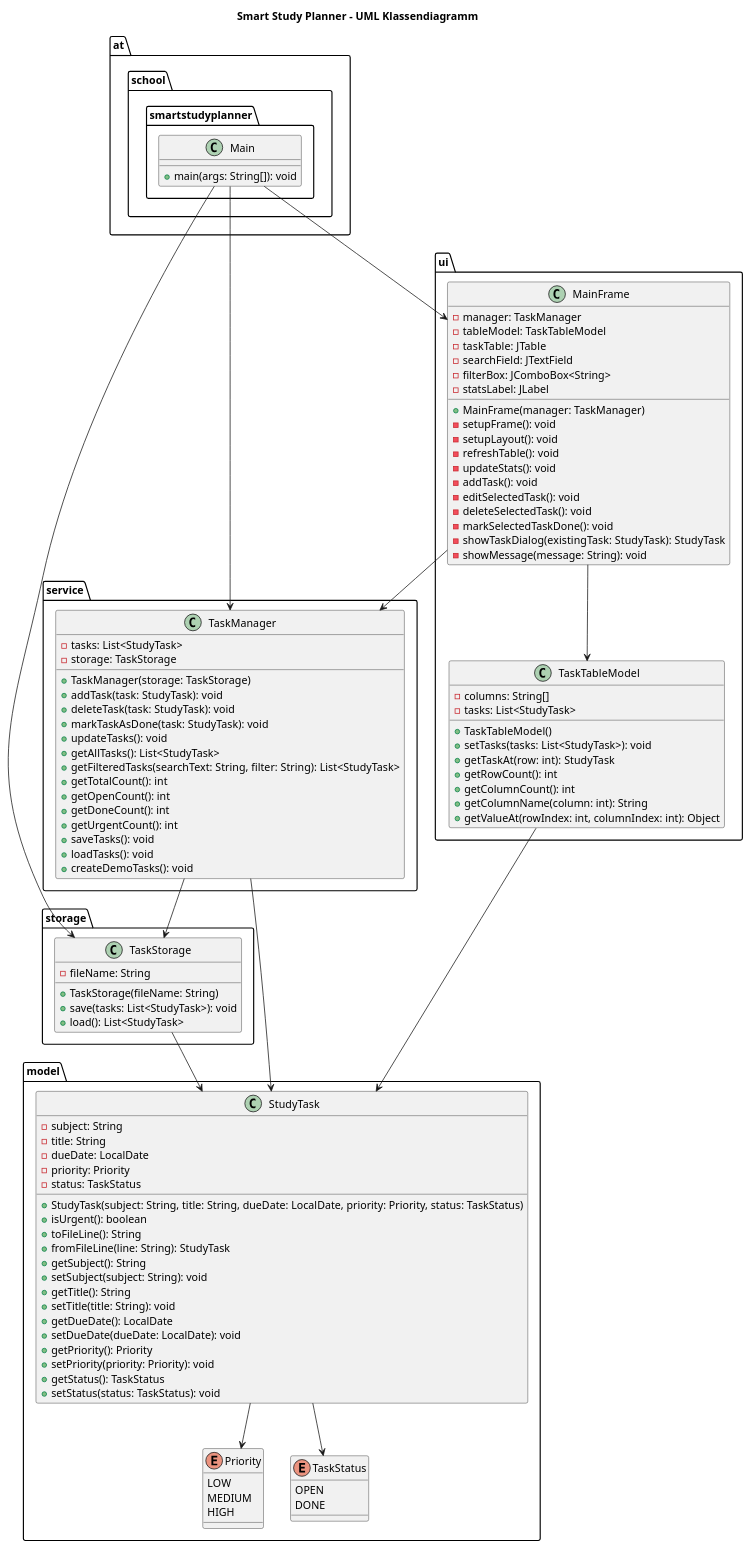
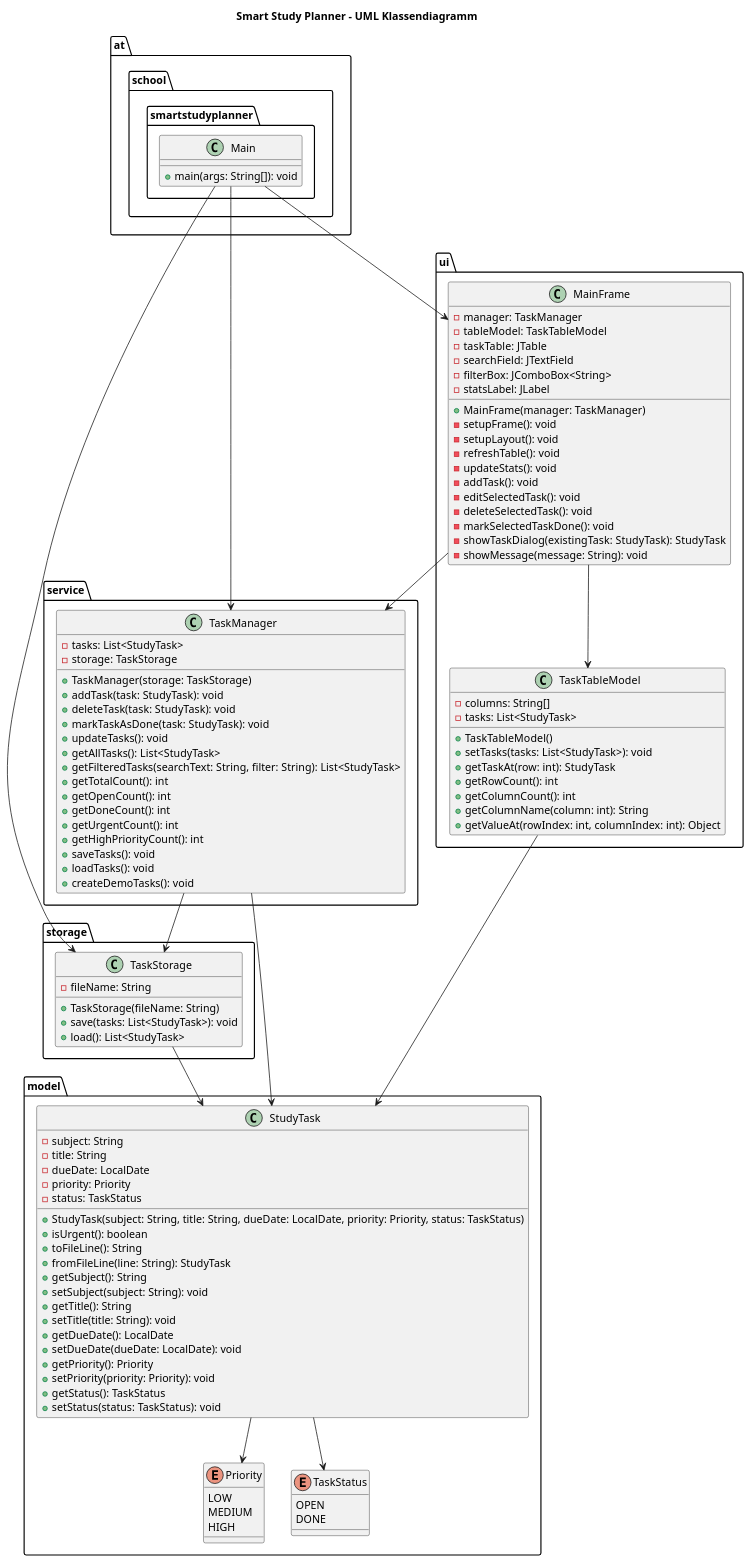
One commit to Dona-aa/SmartStudyPlanner changed the diagram in uml/SmartStudyPlanner.puml. Above: the diagram before and after it, drawn with PlantUML.

Commit message:
Create UML class diagram

```diff
--- a/uml/SmartStudyPlanner.puml
+++ b/uml/SmartStudyPlanner.puml
@@ -1,130 +1,131 @@
 @startuml
 title Smart Study Planner - UML Klassendiagramm
 
 package "at.school.smartstudyplanner" {
     class Main {
         +main(args: String[]): void
     }
 }
 
 package "model" {
     enum Priority {
         LOW
         MEDIUM
         HIGH
     }
 
     enum TaskStatus {
         OPEN
         DONE
     }
 
     class StudyTask {
         -subject: String
         -title: String
         -dueDate: LocalDate
         -priority: Priority
         -status: TaskStatus
 
         +StudyTask(subject: String, title: String, dueDate: LocalDate, priority: Priority, status: TaskStatus)
         +isUrgent(): boolean
         +toFileLine(): String
         +fromFileLine(line: String): StudyTask
         +getSubject(): String
         +setSubject(subject: String): void
         +getTitle(): String
         +setTitle(title: String): void
         +getDueDate(): LocalDate
         +setDueDate(dueDate: LocalDate): void
         +getPriority(): Priority
         +setPriority(priority: Priority): void
         +getStatus(): TaskStatus
         +setStatus(status: TaskStatus): void
     }
 }
 
 package "service" {
     class TaskManager {
         -tasks: List<StudyTask>
         -storage: TaskStorage
 
         +TaskManager(storage: TaskStorage)
         +addTask(task: StudyTask): void
         +deleteTask(task: StudyTask): void
         +markTaskAsDone(task: StudyTask): void
         +updateTasks(): void
         +getAllTasks(): List<StudyTask>
         +getFilteredTasks(searchText: String, filter: String): List<StudyTask>
         +getTotalCount(): int
         +getOpenCount(): int
         +getDoneCount(): int
         +getUrgentCount(): int
+        +getHighPriorityCount(): int
         +saveTasks(): void
         +loadTasks(): void
         +createDemoTasks(): void
     }
 }
 
 package "storage" {
     class TaskStorage {
         -fileName: String
 
         +TaskStorage(fileName: String)
         +save(tasks: List<StudyTask>): void
         +load(): List<StudyTask>
     }
 }
 
 package "ui" {
     class MainFrame {
         -manager: TaskManager
         -tableModel: TaskTableModel
         -taskTable: JTable
         -searchField: JTextField
         -filterBox: JComboBox<String>
         -statsLabel: JLabel
 
         +MainFrame(manager: TaskManager)
         -setupFrame(): void
         -setupLayout(): void
         -refreshTable(): void
         -updateStats(): void
         -addTask(): void
         -editSelectedTask(): void
         -deleteSelectedTask(): void
         -markSelectedTaskDone(): void
         -showTaskDialog(existingTask: StudyTask): StudyTask
         -showMessage(message: String): void
     }
 
     class TaskTableModel {
         -columns: String[]
         -tasks: List<StudyTask>
 
         +TaskTableModel()
         +setTasks(tasks: List<StudyTask>): void
         +getTaskAt(row: int): StudyTask
         +getRowCount(): int
         +getColumnCount(): int
         +getColumnName(column: int): String
         +getValueAt(rowIndex: int, columnIndex: int): Object
     }
 }
 
 Main --> TaskManager
 Main --> TaskStorage
 Main --> MainFrame
 
 StudyTask --> Priority
 StudyTask --> TaskStatus
 
 TaskManager --> StudyTask
 TaskManager --> TaskStorage
 
 TaskStorage --> StudyTask
 
 MainFrame --> TaskManager
 MainFrame --> TaskTableModel
 TaskTableModel --> StudyTask
 
 @enduml
```
